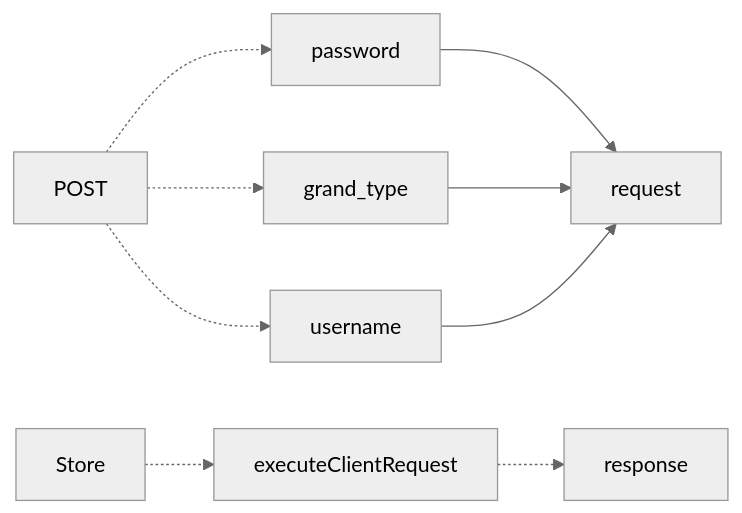
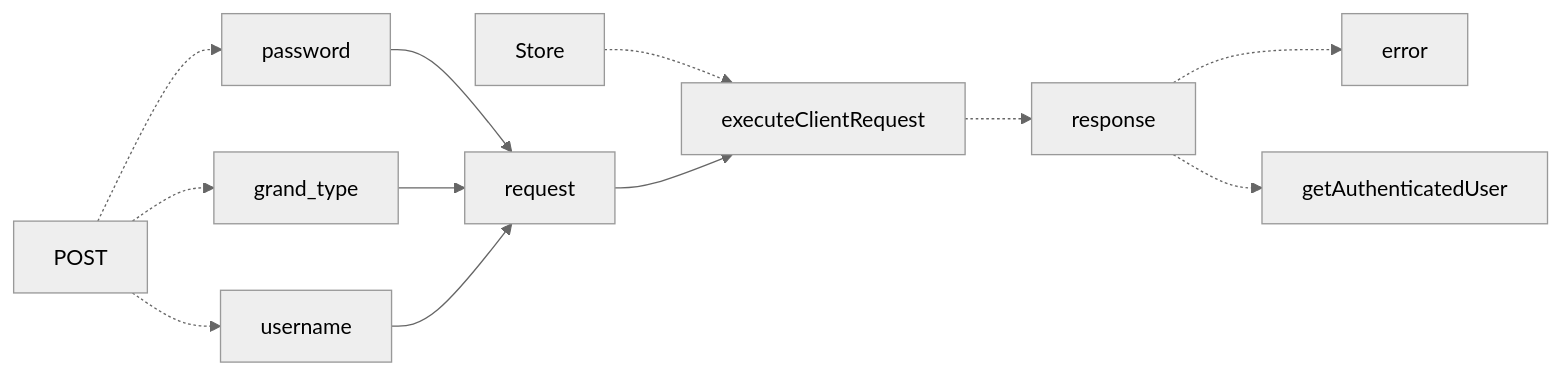
Before and after one commit to gordianknotC/nxp_note: the tenth of 11 diagrams in newage/astro.md, drawn with Mermaid (neutral theme). The commit also changed other lines of this file, not shown here.

````diff
--- a/newage/astro.md
+++ b/newage/astro.md
@@ -145,15 +145,19 @@
 ```mermaid
 graph LR
 
 POST
 POST -.-> username
 POST -.-> password
 POST -.-> grand_type
 password --> request
 grand_type --> request
 username --> request
 
 Store
 Store -.-> executeClientRequest
+request --> executeClientRequest
 executeClientRequest -.-> response
+
+response -.-> error
+response -.-> getAuthenticatedUser
 ```
````
